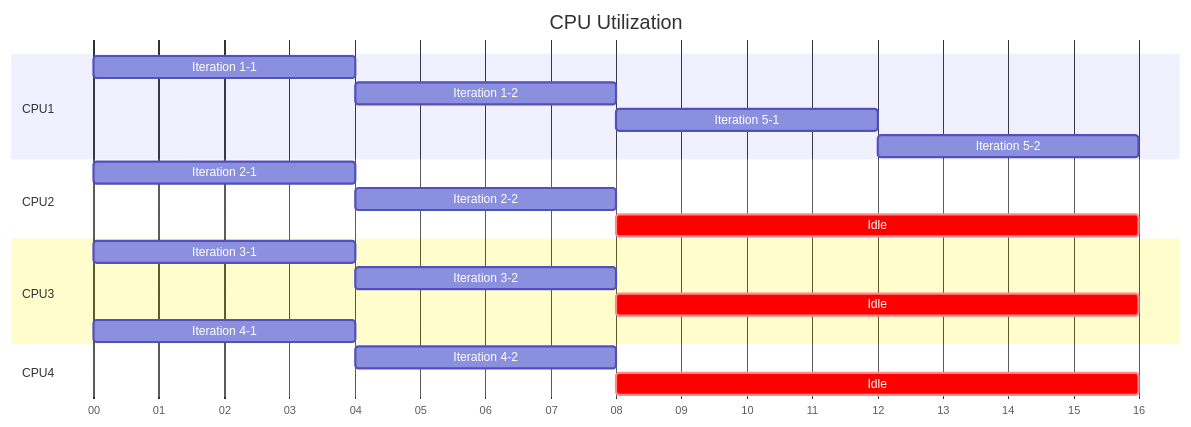
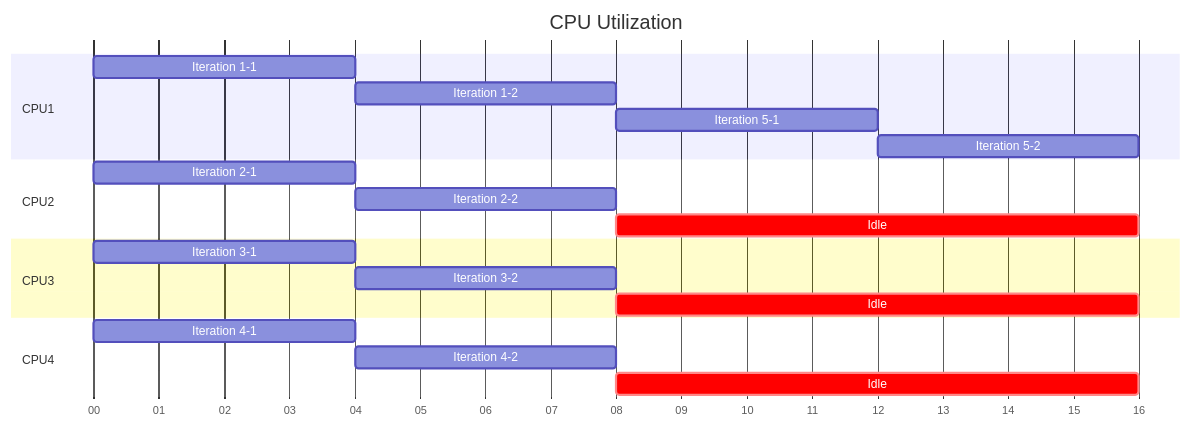
The second of 3 diagrams in book/technical.qmd (mlr-org/mlr3book), drawn with Mermaid before and after one commit. The commit also changed other lines of this file, not shown here.

````diff
--- a/book/technical.qmd
+++ b/book/technical.qmd
@@ -327,28 +338,28 @@
 ```{mermaid}
 %%| label: fig-parallel-outer
 %%| fig-cap: CPU utilization while parallelizing the outer resampling of a 2-fold cross-validation nested inside a 5-fold cross-validation on 4 CPUs.
 gantt
     title CPU Utilization
     dateFormat  s
     axisFormat %S
     section CPU1
     Iteration 1-1           :0, 4s
     Iteration 1-2           :4, 4s
     Iteration 5-1           :8, 4s
     Iteration 5-2           :12, 4s
 
     section CPU2
     Iteration 2-1           :0, 4s
     Iteration 2-2           :4, 4s
     Idle                    :crit, 8, 8s
 
     section CPU3
     Iteration 3-1           :0, 4s
     Iteration 3-2           :4, 4s
     Idle                    :crit, 8, 8s
 
+    section CPU4
     Iteration 4-1           :0, 4s
-    section CPU4
     Iteration 4-2           :4, 4s
     Idle                    :crit, 8, 8s
 ```
````
